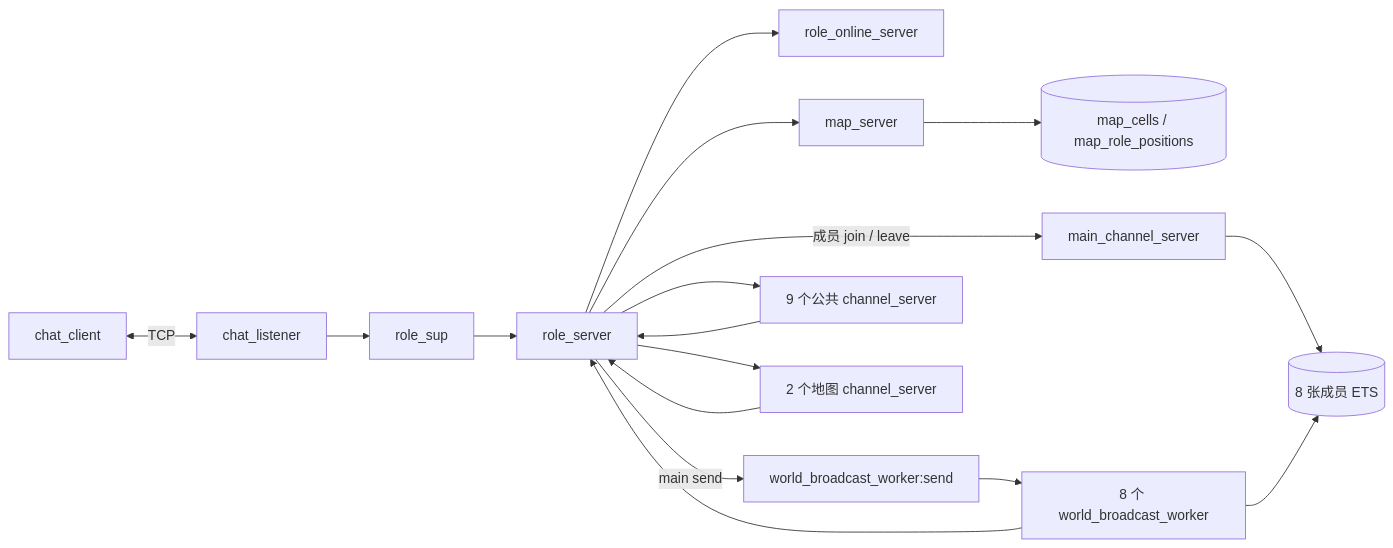
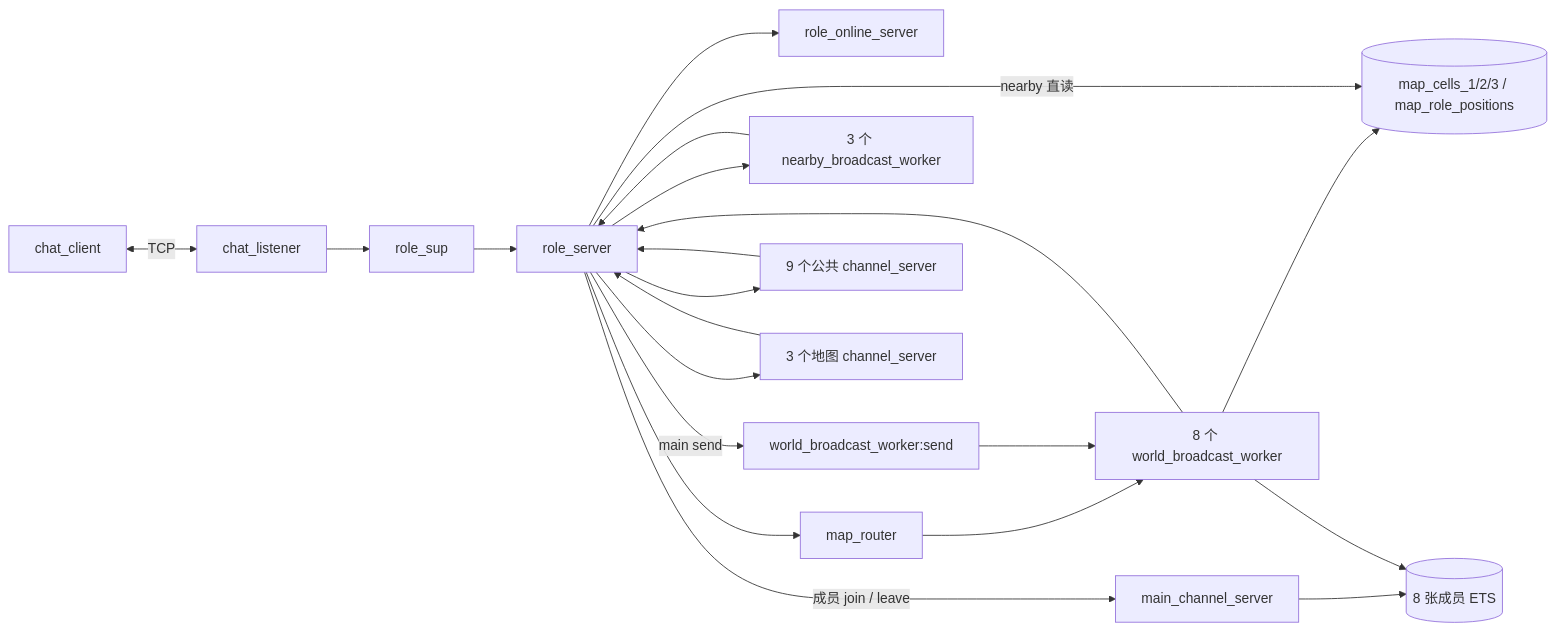
The first of 6 diagrams in docs/Chat V1.3 设计文档.md (chrison18/erlang-game-chat-server), drawn with Mermaid before and after one commit. The commit also changed other lines of this file and 19 other files, not shown here.

````diff
--- a/docs/Chat V1.3 设计文档.md
+++ b/docs/Chat V1.3 设计文档.md
@@ -26,22 +27,26 @@
 ```mermaid
 flowchart LR
     Client[chat_client] <-->|TCP| Listener[chat_listener]
     Listener --> RoleSup[role_sup]
     RoleSup --> Role[role_server]
 
     Role --> Online[role_online_server]
-    Role --> Map[map_server]
-    Map --> MapETS[(map_cells / map_role_positions)]
+    Role --> Router[map_router]
+    Router --> Workers[map_worker_1 / 2 / 3]
+    Workers --> MapETS[(map_cells_1/2/3 / map_role_positions)]
+    Role -->|nearby 直读| MapETS
+    Role --> NearbyWorkers[3 个 nearby_broadcast_worker]
+    NearbyWorkers --> Role
 
     Role -->|成员 join / leave| Main[main_channel_server]
     Main --> WorldETS[(8 张成员 ETS)]
     Role -->|main send| Publish[world_broadcast_worker:send]
     Publish --> Workers[8 个 world_broadcast_worker]
     Workers --> WorldETS
     Workers --> Role
 
     Role --> Public[9 个公共 channel_server]
-    Role --> MapChannel[2 个地图 channel_server]
+    Role --> MapChannel[3 个地图 channel_server]
     Public --> Role
     MapChannel --> Role
 ```
````
